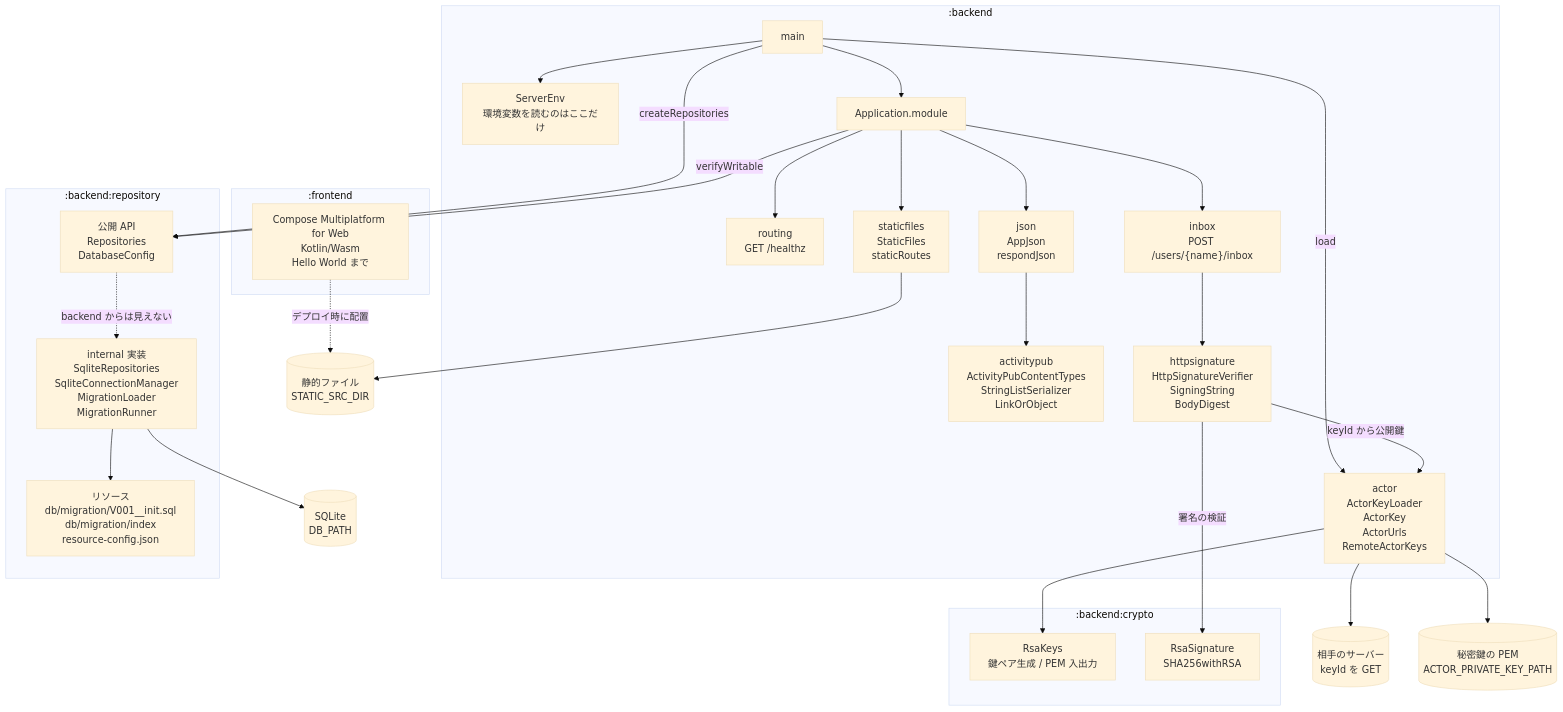
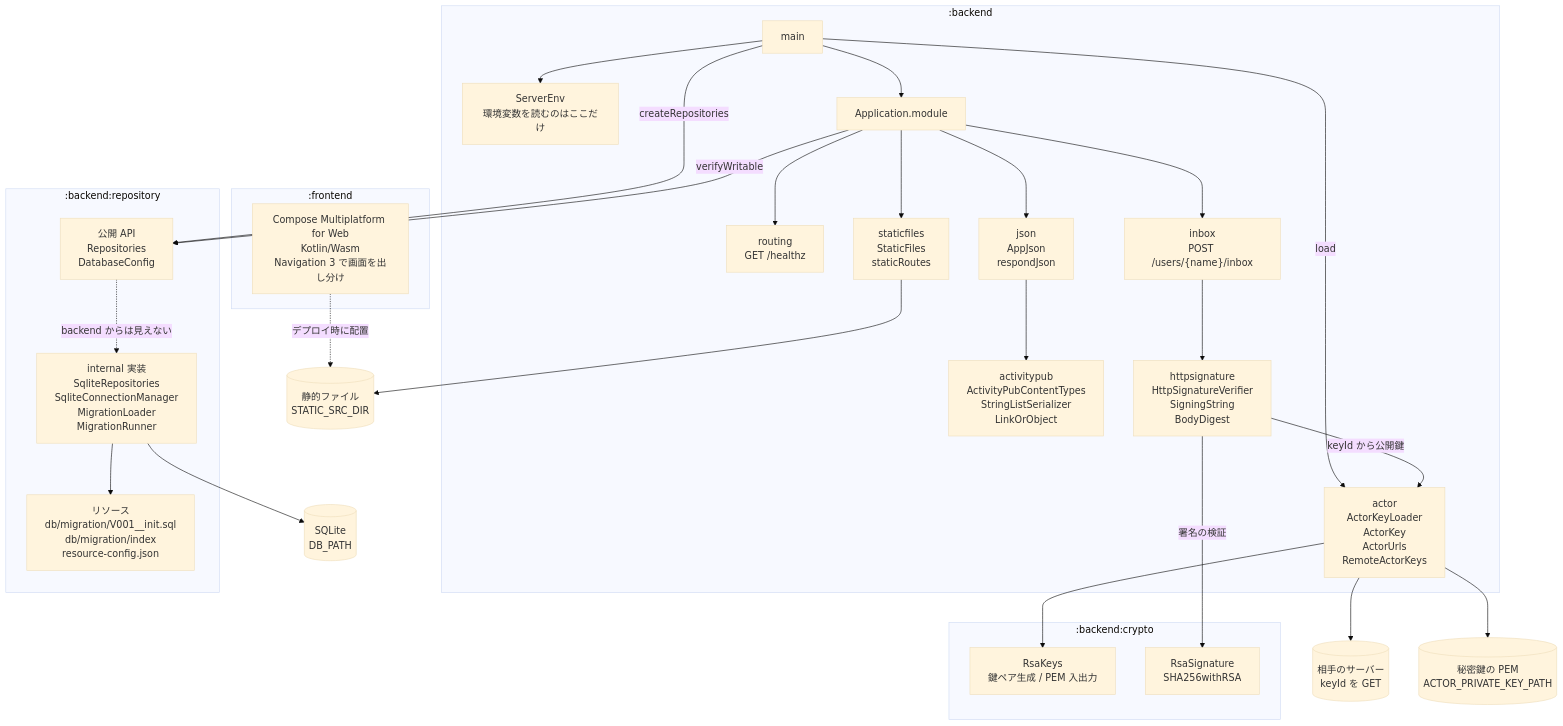
The diagram in README.md (matsudamper/mastodon-rss), drawn with Mermaid (base theme) before and after one commit. The commit also changed other lines of this file and 18 other files, not shown here.

````diff
--- a/README.md
+++ b/README.md
@@ -14,57 +14,57 @@
 ```mermaid
 flowchart TB
     subgraph backend[":backend"]
         main["main"]
         env["ServerEnv<br/>環境変数を読むのはここだけ"]
         module["Application.module"]
         route["routing<br/>GET /healthz"]
         json["json<br/>AppJson<br/>respondJson"]
         ap["activitypub<br/>ActivityPubContentTypes<br/>StringListSerializer<br/>LinkOrObject"]
         actor["actor<br/>ActorKeyLoader<br/>ActorKey<br/>ActorUrls<br/>RemoteActorKeys"]
         inbox["inbox<br/>POST /users/{name}/inbox"]
         sig["httpsignature<br/>HttpSignatureVerifier<br/>SigningString<br/>BodyDigest"]
         static["staticfiles<br/>StaticFiles<br/>staticRoutes"]
     end
 
     subgraph crypto[":backend:crypto"]
         keys["RsaKeys<br/>鍵ペア生成 / PEM 入出力"]
         sign["RsaSignature<br/>SHA256withRSA"]
     end
 
     subgraph repository[":backend:repository"]
         api["公開 API<br/>Repositories<br/>DatabaseConfig"]
         impl["internal 実装<br/>SqliteRepositories<br/>SqliteConnectionManager<br/>MigrationLoader<br/>MigrationRunner"]
         res["リソース<br/>db/migration/V001__init.sql<br/>db/migration/index<br/>resource-config.json"]
     end
 
     subgraph frontend[":frontend"]
-        compose["Compose Multiplatform for Web<br/>Kotlin/Wasm<br/>Hello World まで"]
+        compose["Compose Multiplatform for Web<br/>Kotlin/Wasm<br/>Navigation 3 で画面を出し分け"]
     end
 
     db[("SQLite<br/>DB_PATH")]
 
     main --> env
     main --> module
     module --> json
     module --> route
     json --> ap
     main -->|createRepositories| api
     main -->|load| actor
     module -->|verifyWritable| api
     api -.->|backend からは見えない| impl
     impl --> res
     impl --> db
     actor --> keys
     module --> inbox
     inbox --> sig
     sig -->|署名の検証| sign
     sig -->|keyId から公開鍵| actor
     remote[("相手のサーバー<br/>keyId を GET")]
     actor --> remote
     key[("秘密鍵の PEM<br/>ACTOR_PRIVATE_KEY_PATH")]
     actor --> key
     dist[("静的ファイル<br/>STATIC_SRC_DIR")]
     module --> static
     static --> dist
     compose -.->|デプロイ時に配置| dist
 ```
````
